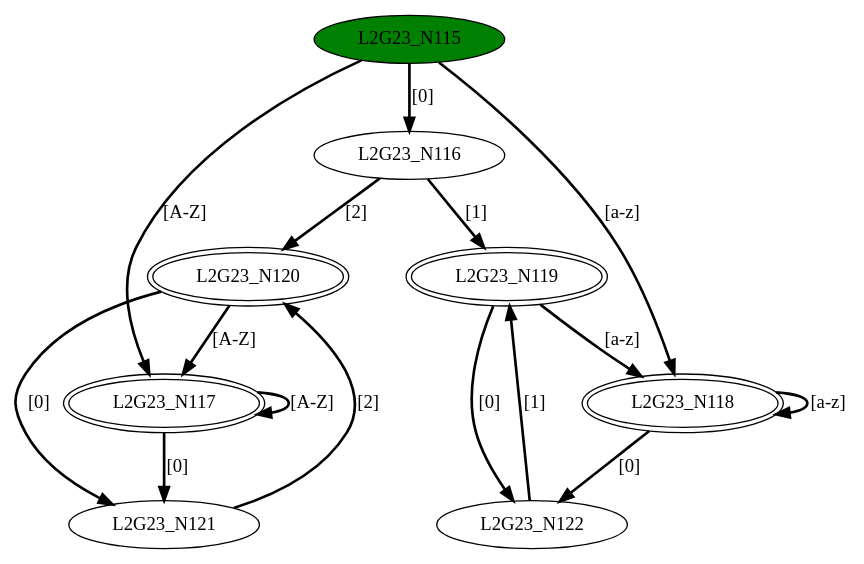
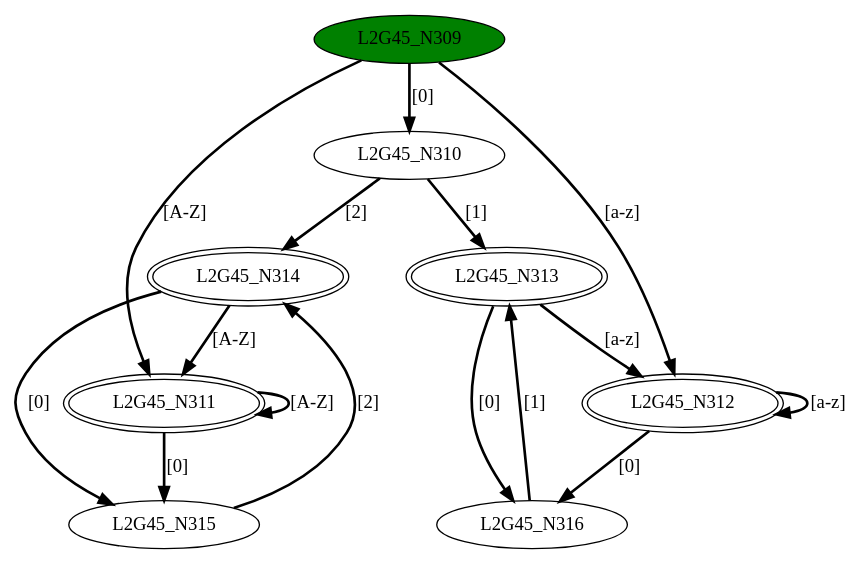
One commit to GDimitroulakos/EDUFLEX changed the diagram in DFASimulator/Testbench/mergeDFA2.dot. Above: the diagram before and after it, drawn with Graphviz. The commit also changed 48 other files, not shown here.

```diff
--- a/DFASimulator/Testbench/mergeDFA2.dot
+++ b/DFASimulator/Testbench/mergeDFA2.dot
@@ -1,25 +1,25 @@
-digraph G23{
-"L2G23_N115" [style=filled,fillcolor=green];
-"L2G23_N116";
-"L2G23_N117" [peripheries=2];
-"L2G23_N118" [peripheries=2];
-"L2G23_N119" [peripheries=2];
-"L2G23_N120" [peripheries=2];
-"L2G23_N121";
-"L2G23_N122";
-"L2G23_N115"->"L2G23_N116" [style = bold, label = "[0]"];
-"L2G23_N115"->"L2G23_N117" [style = bold, label = "[A-Z]"];
-"L2G23_N115"->"L2G23_N118" [style = bold, label = "[a-z]"];
-"L2G23_N116"->"L2G23_N119" [style = bold, label = "[1]"];
-"L2G23_N116"->"L2G23_N120" [style = bold, label = "[2]"];
-"L2G23_N117"->"L2G23_N121" [style = bold, label = "[0]"];
-"L2G23_N117"->"L2G23_N117" [style = bold, label = "[A-Z]"];
-"L2G23_N118"->"L2G23_N122" [style = bold, label = "[0]"];
-"L2G23_N118"->"L2G23_N118" [style = bold, label = "[a-z]"];
-"L2G23_N119"->"L2G23_N122" [style = bold, label = "[0]"];
-"L2G23_N119"->"L2G23_N118" [style = bold, label = "[a-z]"];
-"L2G23_N120"->"L2G23_N121" [style = bold, label = "[0]"];
-"L2G23_N120"->"L2G23_N117" [style = bold, label = "[A-Z]"];
-"L2G23_N121"->"L2G23_N120" [style = bold, label = "[2]"];
-"L2G23_N122"->"L2G23_N119" [style = bold, label = "[1]"];
+digraph G45{
+"L2G45_N309" [style=filled,fillcolor=green];
+"L2G45_N310";
+"L2G45_N311" [peripheries=2];
+"L2G45_N312" [peripheries=2];
+"L2G45_N313" [peripheries=2];
+"L2G45_N314" [peripheries=2];
+"L2G45_N315";
+"L2G45_N316";
+"L2G45_N309"->"L2G45_N310" [style = bold, label = "[0]"];
+"L2G45_N309"->"L2G45_N311" [style = bold, label = "[A-Z]"];
+"L2G45_N309"->"L2G45_N312" [style = bold, label = "[a-z]"];
+"L2G45_N310"->"L2G45_N313" [style = bold, label = "[1]"];
+"L2G45_N310"->"L2G45_N314" [style = bold, label = "[2]"];
+"L2G45_N311"->"L2G45_N315" [style = bold, label = "[0]"];
+"L2G45_N311"->"L2G45_N311" [style = bold, label = "[A-Z]"];
+"L2G45_N312"->"L2G45_N316" [style = bold, label = "[0]"];
+"L2G45_N312"->"L2G45_N312" [style = bold, label = "[a-z]"];
+"L2G45_N313"->"L2G45_N316" [style = bold, label = "[0]"];
+"L2G45_N313"->"L2G45_N312" [style = bold, label = "[a-z]"];
+"L2G45_N314"->"L2G45_N315" [style = bold, label = "[0]"];
+"L2G45_N314"->"L2G45_N311" [style = bold, label = "[A-Z]"];
+"L2G45_N315"->"L2G45_N314" [style = bold, label = "[2]"];
+"L2G45_N316"->"L2G45_N313" [style = bold, label = "[1]"];
 }
```
